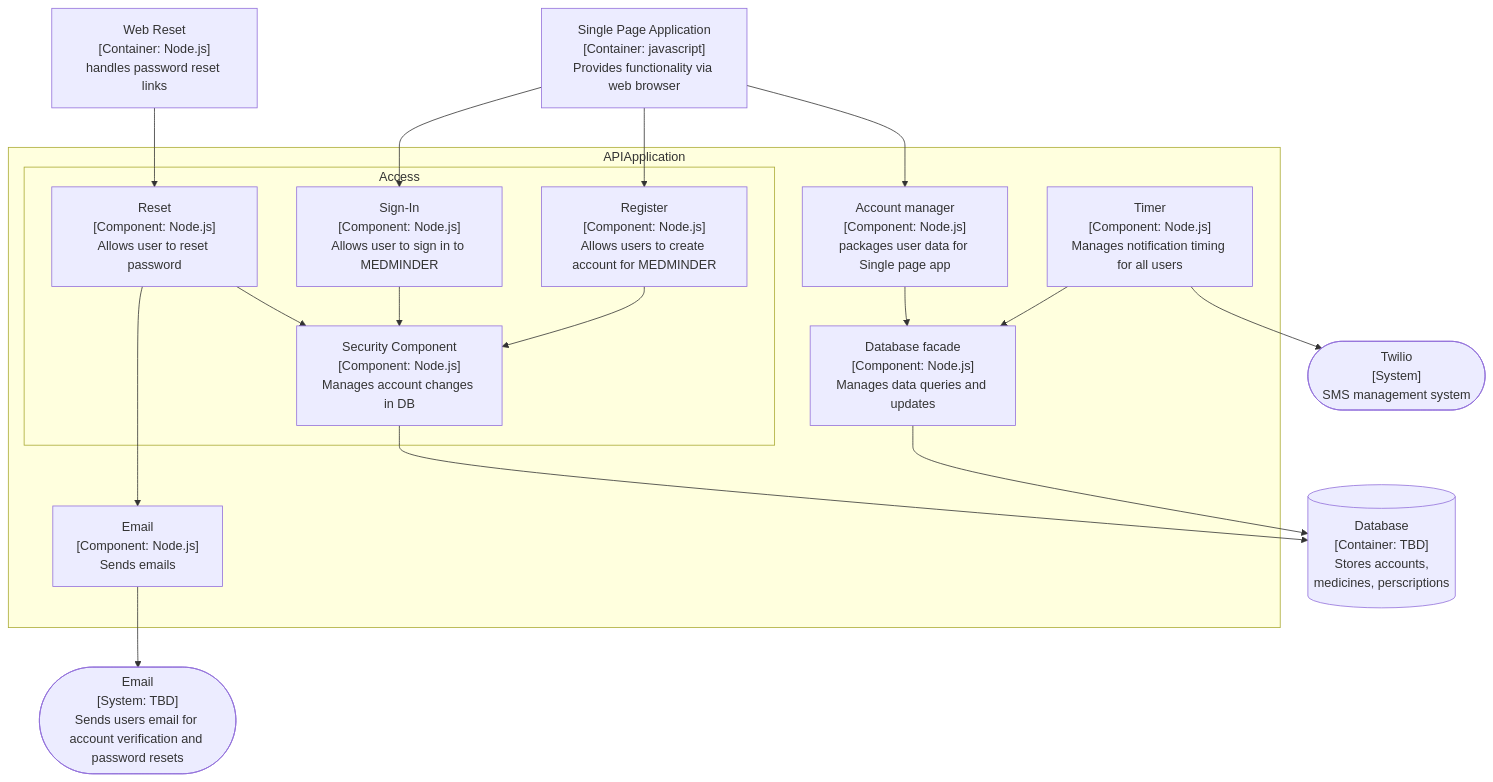
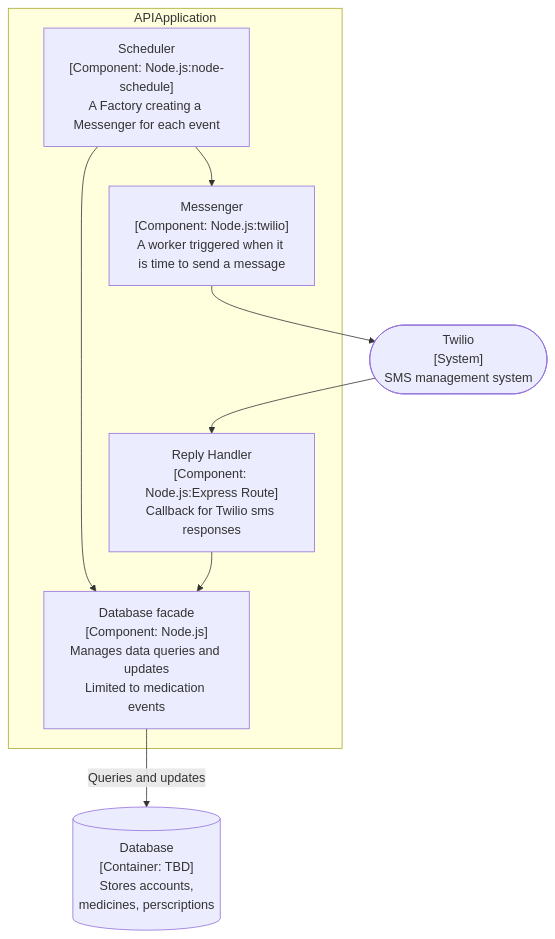
One commit to nop0x0f/COSC412_team1 changed the fifth of 7 diagrams in design/C4diagrams.md. Above: the diagram before and after it, drawn with Mermaid. The commit also changed other lines of this file and 7 other files, not shown here.

Commit message:
updated c4 diagram framing appointment checker

````diff
--- a/design/C4diagrams.md
+++ b/design/C4diagrams.md
@@ -104,34 +106,17 @@
 ```mermaid
 flowchart TB
-reset["Web Reset<br/>[Container: Node.js]<br/>handles password reset links"]
-Email(["Email<br/>[System: TBD]<br/>Sends users email for account verification and password resets"])
 Twilio(["Twilio<br/>[System]<br/>SMS management system"])
-single["Single Page Application<br/>[Container: javascript]<br/>Provides functionality via web browser"]
 db[("Database<br/>[Container: TBD]<br/>Stores accounts,<br/>medicines, perscriptions")]
   subgraph APIApplication
-    Time["Timer<br/>[Component: Node.js]<br/>Manages notification timing for all users"]
-    Account["Account manager<br/>[Component: Node.js]<br/>packages user data for Single page app"]
-    Dbfacade["Database facade<br/>[Component: Node.js]<br/>Manages data queries and updates"]
-    subgraph Access
-        Signin["Sign-In<br/>[Component: Node.js]<br/>Allows user to sign in to MEDMINDER"]
-        Signup["Register<br/>[Component: Node.js]<br/>Allows users to create account for MEDMINDER"]
-        Reset["Reset<br/>[Component: Node.js]<br/>Allows user to reset password"]
-        Security["Security Component<br/>[Component: Node.js]<br/>Manages account changes in DB"]
-        Reset --> Security
-        Signin --> Security
-        Signup --> Security
-    end
-    mail["Email<br/>[Component: Node.js]<br/>Sends emails"]
-    Reset ---> mail
-    Account --> Dbfacade
+    Scheduler["Scheduler<br/>[Component: Node.js:node-schedule]<br/>A Factory creating a Messenger for each event"]
+    Messenger["Messenger<br/>[Component: Node.js:twilio]<br/>A worker triggered when it is time to send a message"]
+    ReplyHandler["Reply Handler<br/>[Component: Node.js:Express Route]<br/>Callback for Twilio sms responses"]
+    Dbfacade["Database facade<br/>[Component: Node.js]<br/>Manages data queries and updates<br/>Limited to medication events"]
+    Scheduler --> Messenger
   end
-    Security --> db
-    Dbfacade --> db
-mail --> Email
-Time --> Twilio
-Time --> Dbfacade
-single --> Signin
-reset --> Reset
-single --> Signup
-single --> Account
+Dbfacade --> |Queries and updates| db
+Messenger --> Twilio
+Scheduler --> Dbfacade
+Twilio --> ReplyHandler
+ReplyHandler --> Dbfacade
 ```
````
